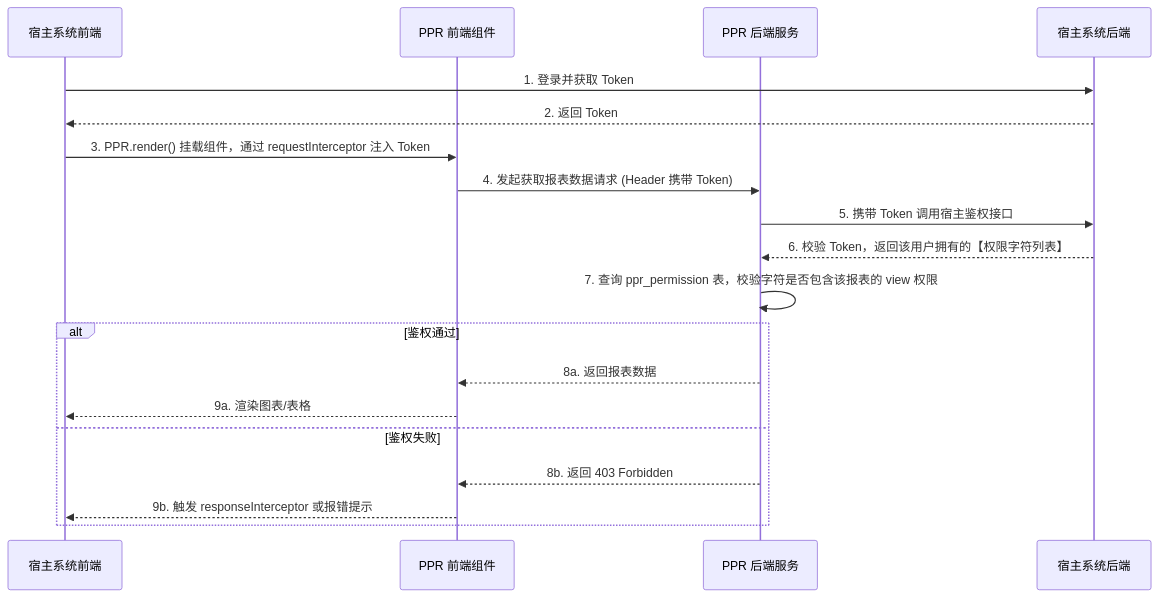
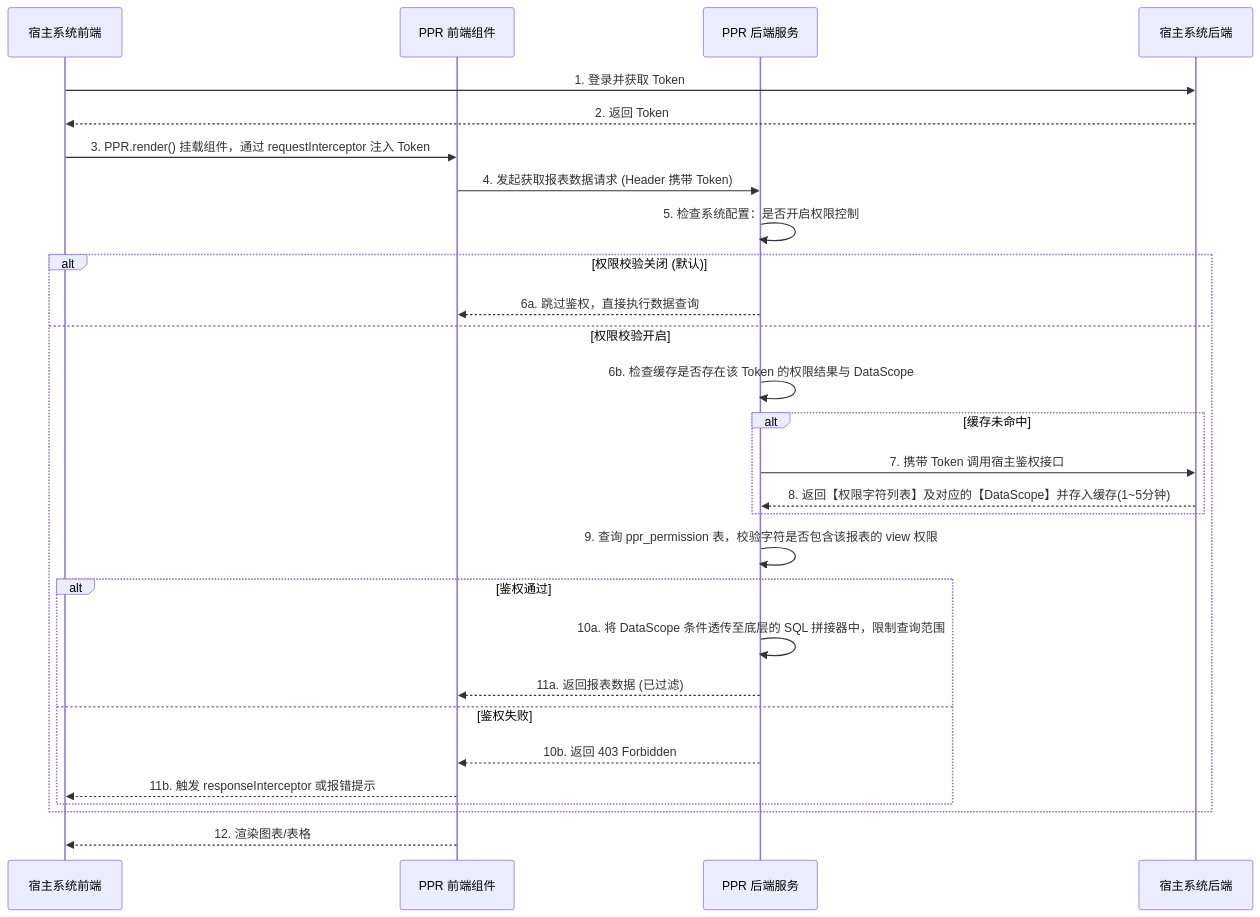
One commit to brizeboo/PPR changed the second of 3 diagrams in PPR_PRD.md. Above: the diagram before and after it, drawn with Mermaid. The commit also changed other lines of this file, not shown here.

````diff
--- a/PPR_PRD.md
+++ b/PPR_PRD.md
@@ -262,22 +260,31 @@
 ```mermaid
 sequenceDiagram
     participant Client as 宿主系统前端
     participant PPR_FE as PPR 前端组件
     participant PPR_BE as PPR 后端服务
     participant Host_BE as 宿主系统后端
 
     Client->>Host_BE: 1. 登录并获取 Token
     Host_BE-->>Client: 2. 返回 Token
     Client->>PPR_FE: 3. PPR.render() 挂载组件，通过 requestInterceptor 注入 Token
     PPR_FE->>PPR_BE: 4. 发起获取报表数据请求 (Header 携带 Token)
-    PPR_BE->>Host_BE: 5. 携带 Token 调用宿主鉴权接口
-    Host_BE-->>PPR_BE: 6. 校验 Token，返回该用户拥有的【权限字符列表】
-    PPR_BE->>PPR_BE: 7. 查询 ppr_permission 表，校验字符是否包含该报表的 view 权限
-    alt 鉴权通过
-        PPR_BE-->>PPR_FE: 8a. 返回报表数据
-        PPR_FE-->>Client: 9a. 渲染图表/表格
-    else 鉴权失败
-        PPR_BE-->>PPR_FE: 8b. 返回 403 Forbidden
-        PPR_FE-->>Client: 9b. 触发 responseInterceptor 或报错提示
+    PPR_BE->>PPR_BE: 5. 检查系统配置：是否开启权限控制
+    alt 权限校验关闭 (默认)
+        PPR_BE-->>PPR_FE: 6a. 跳过鉴权，直接执行数据查询
+    else 权限校验开启
+        PPR_BE->>PPR_BE: 6b. 检查缓存是否存在该 Token 的权限结果与 DataScope
+        alt 缓存未命中
+            PPR_BE->>Host_BE: 7. 携带 Token 调用宿主鉴权接口
+            Host_BE-->>PPR_BE: 8. 返回【权限字符列表】及对应的【DataScope】并存入缓存(1~5分钟)
+        end
+        PPR_BE->>PPR_BE: 9. 查询 ppr_permission 表，校验字符是否包含该报表的 view 权限
+        alt 鉴权通过
+            PPR_BE->>PPR_BE: 10a. 将 DataScope 条件透传至底层的 SQL 拼接器中，限制查询范围
+            PPR_BE-->>PPR_FE: 11a. 返回报表数据 (已过滤)
+        else 鉴权失败
+            PPR_BE-->>PPR_FE: 10b. 返回 403 Forbidden
+            PPR_FE-->>Client: 11b. 触发 responseInterceptor 或报错提示
+        end
     end
+    PPR_FE-->>Client: 12. 渲染图表/表格
 ```
````
